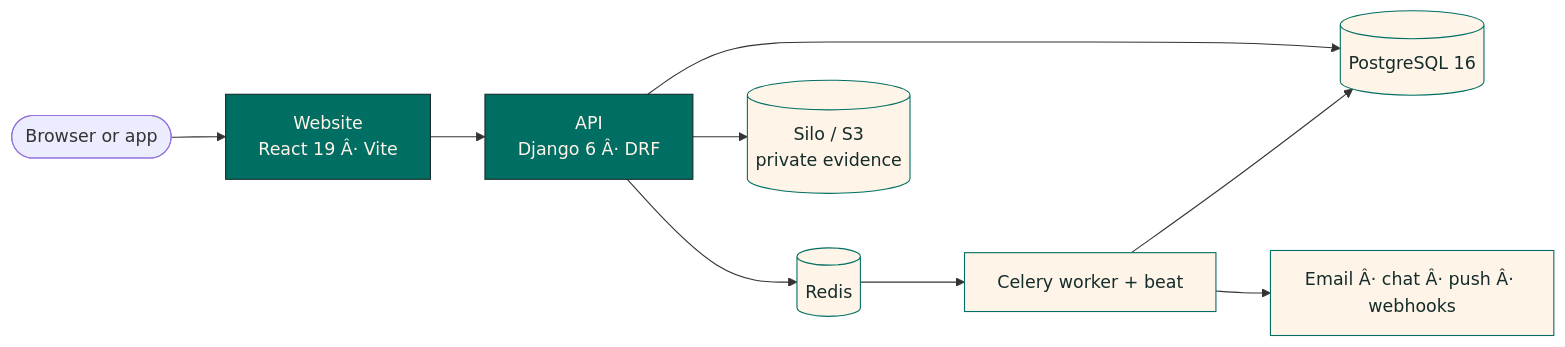
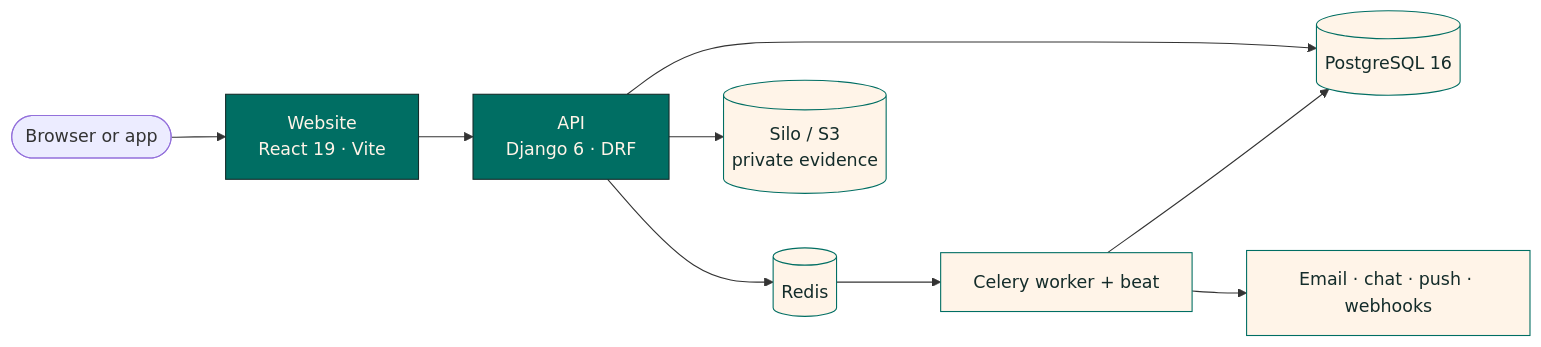
Before and after one commit to SpaceWorks-Labs/SpaceWorks: the diagram in README.md, drawn with Mermaid. The commit also changed other lines of this file and 10 other files, not shown here.

````diff
--- a/README.md
+++ b/README.md
@@ -222,16 +265,16 @@
 ```mermaid
 flowchart LR
-  browser([Browser or app]) --> web["Website<br/>React 19 Â· Vite"]
-  web --> api["API<br/>Django 6 Â· DRF"]
+  browser([Browser or app]) --> web["Website<br/>React 19 · Vite"]
+  web --> api["API<br/>Django 6 · DRF"]
   api --> db[("PostgreSQL 16")]
   api --> redis[("Redis")]
   api --> s3[("Silo / S3<br/>private evidence")]
   worker["Celery worker + beat"] --> db
-  worker --> out["Email Â· chat Â· push Â· webhooks"]
+  worker --> out["Email · chat · push · webhooks"]
   redis --> worker
 
   classDef core fill:#006E63,stroke:#142C2A,color:#FFF4E8
   classDef service fill:#FFF4E8,stroke:#006E63,color:#142C2A
   class api,web core
   class db,redis,s3,worker,out service
 ```
````
